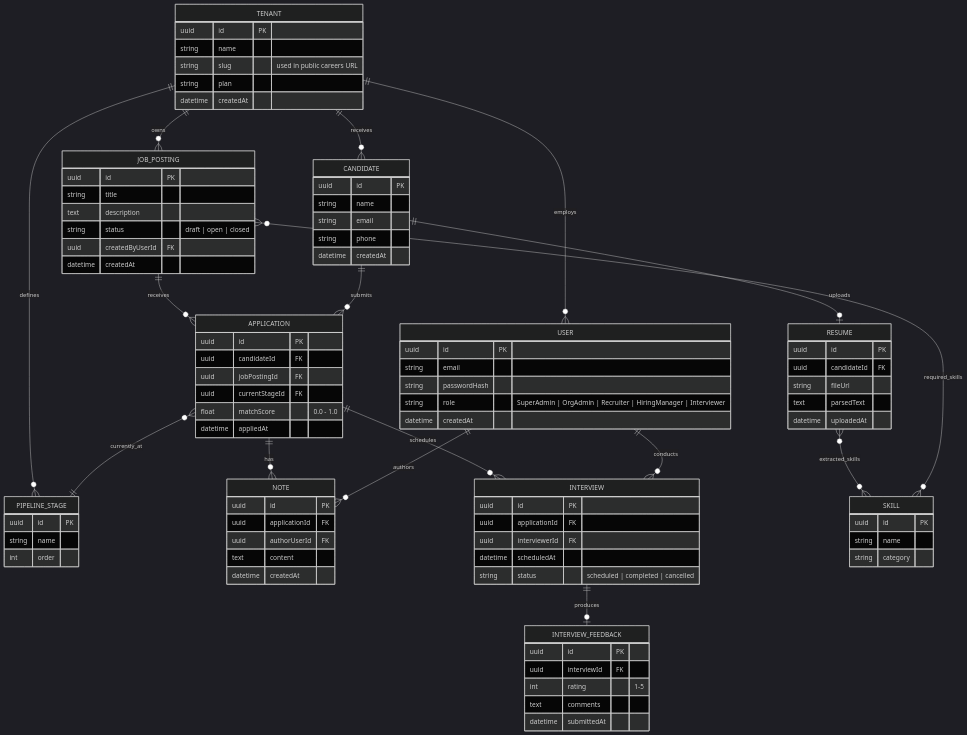
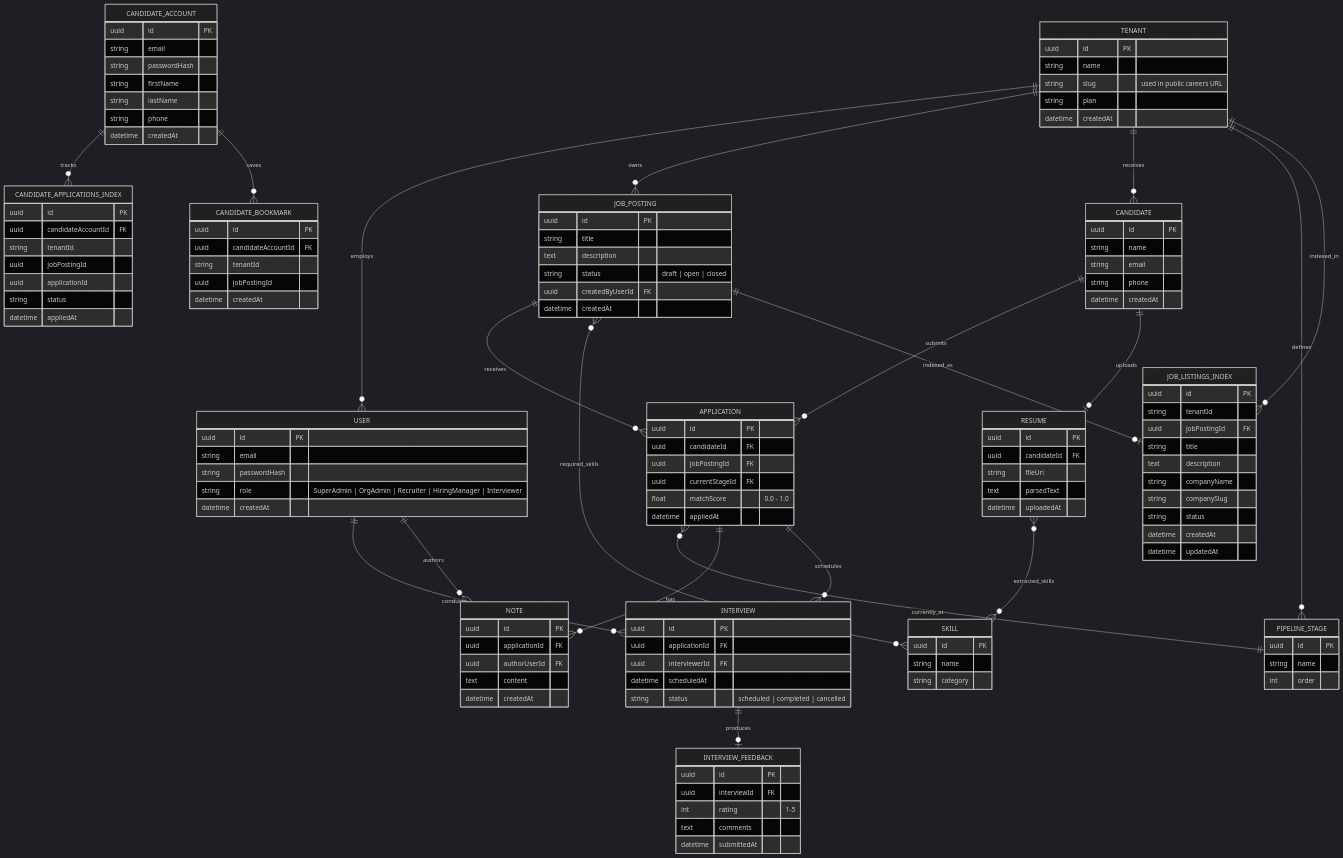
One commit to RedDotz20/talentpipe-crm changed the diagram in docs/04_ERD_DIAGRAM.md. Above: the diagram before and after it, drawn with Mermaid (dark theme). The commit also changed other lines of this file and 31 other files, not shown here.

````diff
--- a/docs/04_ERD_DIAGRAM.md
+++ b/docs/04_ERD_DIAGRAM.md
@@ -27,11 +27,26 @@
   INTERVIEW ||--o| INTERVIEW_FEEDBACK : produces
   USER ||--o{ NOTE : authors
 
+  CANDIDATE_ACCOUNT ||--o{ CANDIDATE_APPLICATIONS_INDEX : tracks
+  CANDIDATE_ACCOUNT ||--o{ CANDIDATE_BOOKMARK : saves
+  TENANT ||--o{ JOB_LISTINGS_INDEX : indexed_in
+  JOB_POSTING ||--o| JOB_LISTINGS_INDEX : indexed_as
+
   TENANT {
     uuid id PK
     string name
     string slug "used in public careers URL"
     string plan
+    datetime createdAt
+  }
+
+  CANDIDATE_ACCOUNT {
+    uuid id PK
+    string email
+    string passwordHash
+    string firstName
+    string lastName
+    string phone
     datetime createdAt
   }
 
@@ -112,4 +127,35 @@
     text content
     datetime createdAt
   }
+
+  CANDIDATE_APPLICATIONS_INDEX {
+    uuid id PK
+    uuid candidateAccountId FK
+    string tenantId
+    uuid jobPostingId
+    uuid applicationId
+    string status
+    datetime appliedAt
+  }
+
+  CANDIDATE_BOOKMARK {
+    uuid id PK
+    uuid candidateAccountId FK
+    string tenantId
+    uuid jobPostingId
+    datetime createdAt
+  }
+
+  JOB_LISTINGS_INDEX {
+    uuid id PK
+    string tenantId
+    uuid jobPostingId FK
+    string title
+    text description
+    string companyName
+    string companySlug
+    string status
+    datetime createdAt
+    datetime updatedAt
+  }
 ```
````
